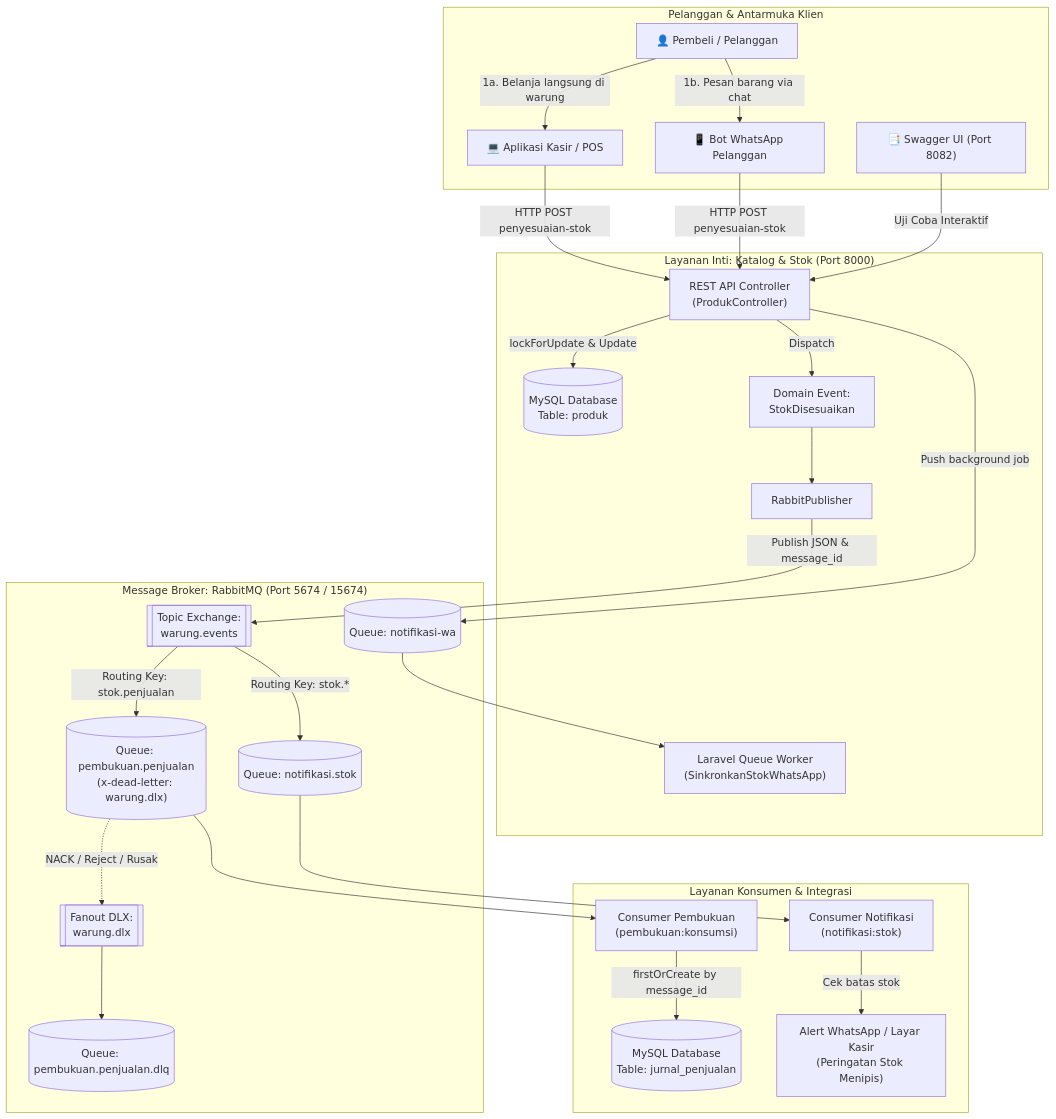
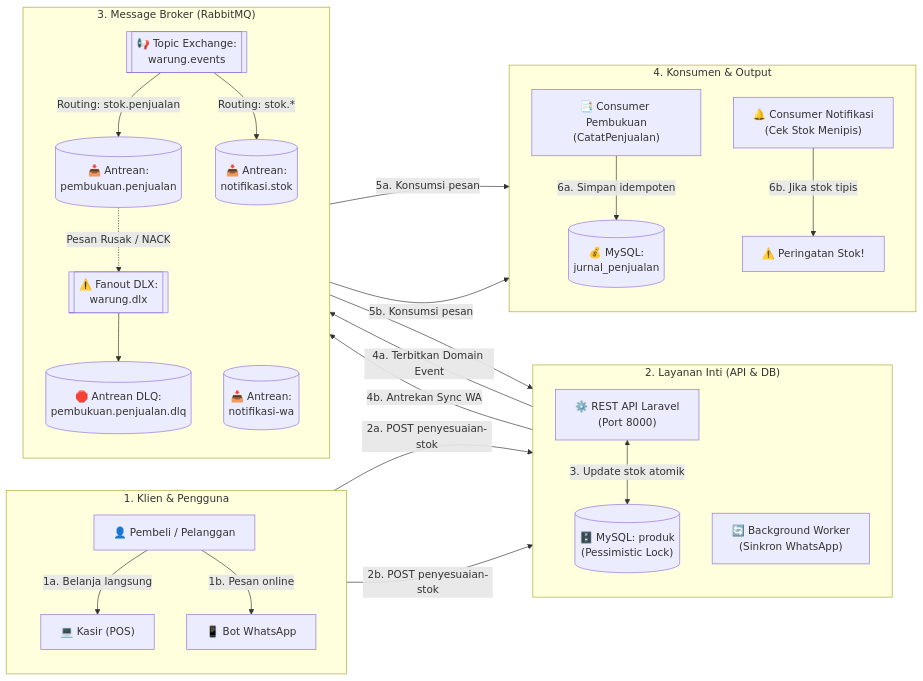
Before and after one commit to jackalwyssad/warung-ibu-beti: the first of 3 diagrams in README.md, drawn with Mermaid. The commit also changed other lines of this file, not shown here.

Commit message:
docs: tata ulang diagram alur (LR layout) dan sequence diagram dengan penomoran jelas

````diff
--- a/README.md
+++ b/README.md
@@ -36,63 +36,59 @@
 ```mermaid
-flowchart TD
-    subgraph Pengguna ["Pelanggan & Antarmuka Klien"]
+flowchart LR
+    %% Definisi Kolom Subgraf Berurutan dari Kiri ke Kanan
+    subgraph S1 ["1. Klien & Pengguna"]
+        direction TB
         Pembeli["👤 Pembeli / Pelanggan"]
-        Kasir["💻 Aplikasi Kasir / POS"]
-        BotWA["📱 Bot WhatsApp Pelanggan"]
-        Swagger["📑 Swagger UI (Port 8082)"]
+        Kasir["💻 Kasir (POS)"]
+        BotWA["📱 Bot WhatsApp"]
     end
 
-    subgraph CoreService ["Layanan Inti: Katalog & Stok (Port 8000)"]
-        API["REST API Controller<br/>(ProdukController)"]
-        DB[("MySQL Database<br/>Table: produk")]
-        Event["Domain Event:<br/>StokDisesuaikan"]
-        Publisher["RabbitPublisher"]
-        QueueWorker["Laravel Queue Worker<br/>(SinkronkanStokWhatsApp)"]
+    subgraph S2 ["2. Layanan Inti (API & DB)"]
+        direction TB
+        API["⚙️ REST API Laravel<br/>(Port 8000)"]
+        DB[("🗄️ MySQL: produk<br/>(Pessimistic Lock)")]
+        Worker["🔄 Background Worker<br/>(Sinkron WhatsApp)"]
     end
 
-    subgraph Broker ["Message Broker: RabbitMQ (Port 5674 / 15674)"]
-        ExEvents[["Topic Exchange:<br/>warung.events"]]
-        ExDLX[["Fanout DLX:<br/>warung.dlx"]]
-        
-        QPenjualan[("Queue: pembukuan.penjualan<br/>(x-dead-letter: warung.dlx)")]
-        QNotif[("Queue: notifikasi.stok")]
-        QDLQ[("Queue: pembukuan.penjualan.dlq")]
-        QWA[("Queue: notifikasi-wa")]
+    subgraph S3 ["3. Message Broker (RabbitMQ)"]
+        direction TB
+        ExEvents[["📢 Topic Exchange:<br/>warung.events"]]
+        QPenjualan[("📥 Antrean:<br/>pembukuan.penjualan")]
+        QNotif[("📥 Antrean:<br/>notifikasi.stok")]
+        QWA[("📥 Antrean:<br/>notifikasi-wa")]
+        ExDLX[["⚠️ Fanout DLX:<br/>warung.dlx"]]
+        QDLQ[("🛑 Antrean DLQ:<br/>pembukuan.penjualan.dlq")]
     end
 
-    subgraph SubSistem ["Layanan Konsumen & Integrasi"]
-        ConsPembukuan["Consumer Pembukuan<br/>(pembukuan:konsumsi)"]
-        DBJurnal[("MySQL Database<br/>Table: jurnal_penjualan")]
-        ConsNotif["Consumer Notifikasi<br/>(notifikasi:stok)"]
-        Alert["Alert WhatsApp / Layar Kasir<br/>(Peringatan Stok Menipis)"]
+    subgraph S4 ["4. Konsumen & Output"]
+        direction TB
+        ConsBuku["📑 Consumer Pembukuan<br/>(CatatPenjualan)"]
+        DBJurnal[("💰 MySQL:<br/>jurnal_penjualan")]
+        ConsNotif["🔔 Consumer Notifikasi<br/>(Cek Stok Menipis)"]
+        Alert["⚠️ Peringatan Stok!"]
     end
 
-    %% Flow Klien / Pembeli
-    Pembeli -->|1a. Belanja langsung di warung| Kasir
-    Pembeli -->|1b. Pesan barang via chat| BotWA
-    Kasir -->|HTTP POST penyesuaian-stok| API
-    BotWA -->|HTTP POST penyesuaian-stok| API
-    Swagger -->|Uji Coba Interaktif| API
+    %% Hubungan Kolom 1 ke Kolom 2
+    Pembeli -->|1a. Belanja langsung| Kasir
+    Pembeli -->|1b. Pesan online| BotWA
+    Kasir -->|2a. POST penyesuaian-stok| API
+    BotWA -->|2b. POST penyesuaian-stok| API
+    API <-->|3. Update stok atomik| DB
 
-    %% Flow REST & DB
-    API -->|lockForUpdate & Update| DB
-    API -->|Dispatch| Event
-    Event --> Publisher
-    Publisher -->|Publish JSON & message_id| ExEvents
+    %% Hubungan Kolom 2 ke Kolom 3
+    API -->|4a. Terbitkan Domain Event| ExEvents
+    API -->|4b. Antrekan Sync WA| QWA
+    QWA --> Worker
 
-    %% Queue Job
-    API -->|Push background job| QWA
-    QWA --> QueueWorker
-
-    %% Routing RabbitMQ
-    ExEvents -->|Routing Key: stok.penjualan| QPenjualan
-    ExEvents -->|Routing Key: stok.*| QNotif
-    QPenjualan -.->|NACK / Reject / Rusak| ExDLX
+    %% Routing di dalam Broker (Kolom 3)
+    ExEvents -->|Routing: stok.penjualan| QPenjualan
+    ExEvents -->|Routing: stok.*| QNotif
+    QPenjualan -.->|Pesan Rusak / NACK| ExDLX
     ExDLX --> QDLQ
 
-    %% Consumer
-    QPenjualan --> ConsPembukuan
-    ConsPembukuan -->|firstOrCreate by message_id| DBJurnal
-    QNotif --> ConsNotif
-    ConsNotif -->|Cek batas stok| Alert
+    %% Hubungan Kolom 3 ke Kolom 4
+    QPenjualan -->|5a. Konsumsi pesan| ConsBuku
+    ConsBuku -->|6a. Simpan idempoten| DBJurnal
+    QNotif -->|5b. Konsumsi pesan| ConsNotif
+    ConsNotif -->|6b. Jika stok tipis| Alert
 ```
````
